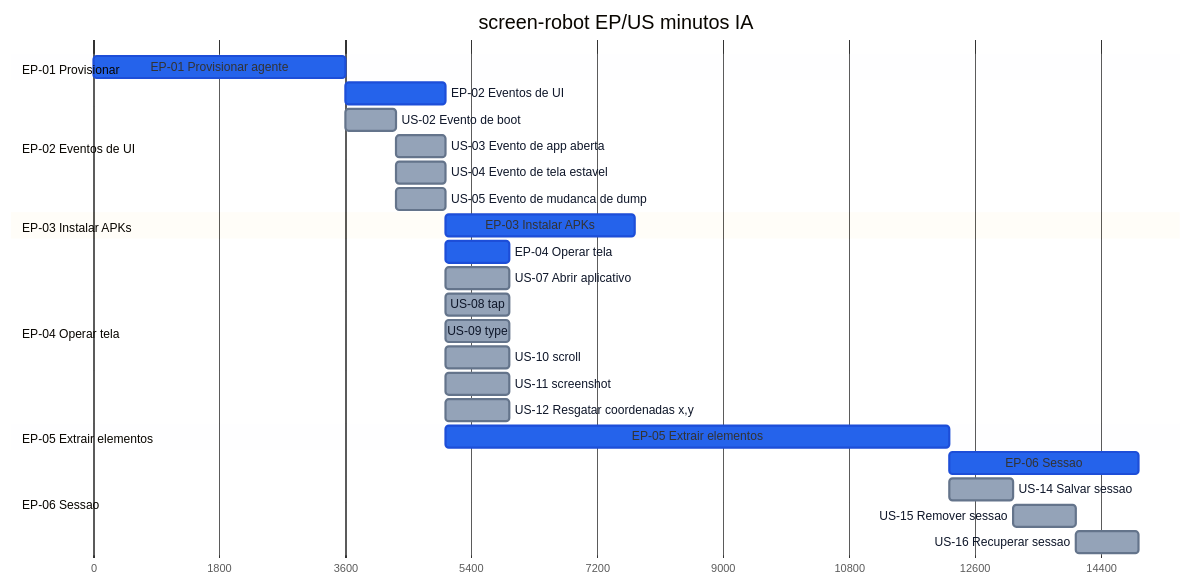
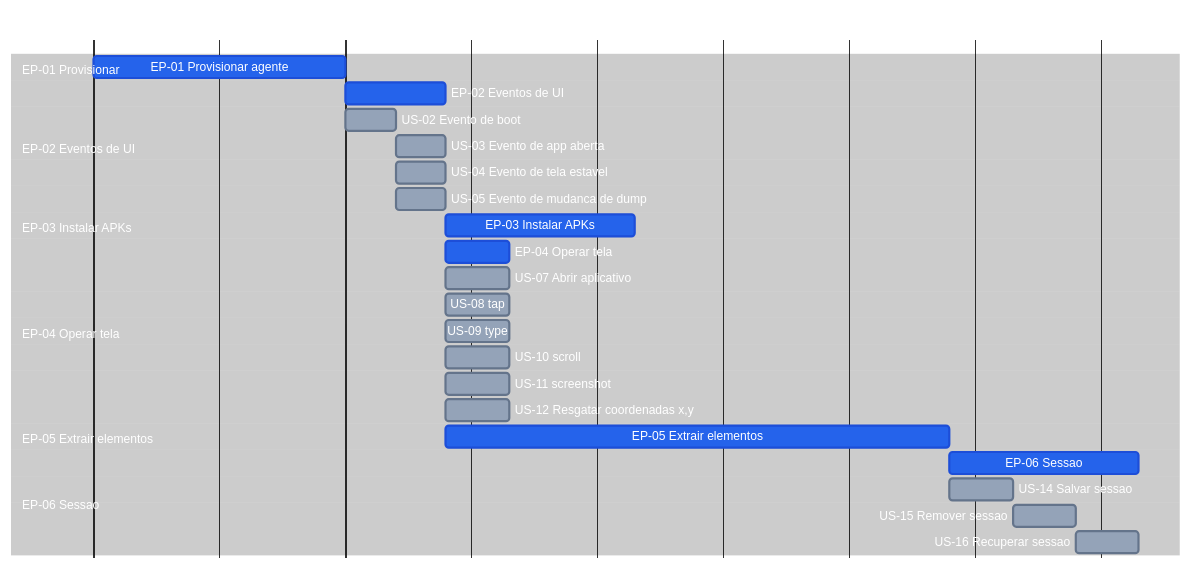
One commit to laerciogermano/workstation changed the diagram in connectmax/screen-robot/roadmap.md. Above: the diagram before and after it, drawn with Mermaid. The commit also changed other lines of this file and 2 other files, not shown here.

Commit message:
Deixa o fundo do Gantt do roadmap preto.

````diff
--- a/connectmax/screen-robot/roadmap.md
+++ b/connectmax/screen-robot/roadmap.md
@@ -15,53 +15,70 @@
 ```mermaid
 ---
 config:
   theme: base
   themeVariables:
+    darkMode: true
+    background: '#000000'
+    primaryTextColor: '#ffffff'
+    secondaryTextColor: '#ffffff'
+    tertiaryTextColor: '#ffffff'
+    textColor: '#ffffff'
+    lineColor: '#333333'
+    mainBkg: '#000000'
+    secondaryColor: '#000000'
+    tertiaryColor: '#000000'
+    sectionBkgColor: '#000000'
+    sectionBkgColor2: '#000000'
+    altSectionBkgColor: '#000000'
+    gridColor: '#222222'
+    excludeBkgColor: '#000000'
+    todayLineColor: '#444444'
     doneTaskBkgColor: '#2563eb'
     doneTaskBorderColor: '#1d4ed8'
     taskBkgColor: '#94a3b8'
     taskBorderColor: '#64748b'
-    taskTextColor: '#0f172a'
+    taskTextColor: '#ffffff'
+    taskTextDarkColor: '#ffffff'
     taskTextLightColor: '#ffffff'
-    taskTextOutsideColor: '#0f172a'
+    taskTextOutsideColor: '#ffffff'
     critBkgColor: '#2563eb'
     critBorderColor: '#1d4ed8'
     activeTaskBkgColor: '#94a3b8'
     activeTaskBorderColor: '#64748b'
 ---
 gantt
   title screen-robot EP/US minutos IA
   dateFormat X
   axisFormat %s
 
   section EP-01 Provisionar
   EP-01 Provisionar agente              :done, ep01, 0, 60m
 
   section EP-02 Eventos de UI
   EP-02 Eventos de UI                   :done, ep02, after ep01, 24m
   US-02 Evento de boot                  :us02, after ep01, 12m
   US-03 Evento de app aberta            :us03, after us02, 12m
   US-04 Evento de tela estavel          :us04, after us02, 12m
   US-05 Evento de mudanca de dump       :us05, after us02, 12m
 
   section EP-03 Instalar APKs
   EP-03 Instalar APKs                   :done, ep03, after us05, 45m
 
   section EP-04 Operar tela
   EP-04 Operar tela                     :done, ep04, after us05, 15m
   US-07 Abrir aplicativo                :us07, after us05, 15m
   US-08 tap                             :us08, after us05, 15m
   US-09 type                            :us09, after us05, 15m
   US-10 scroll                          :us10, after us05, 15m
   US-11 screenshot                      :us11, after us05, 15m
   US-12 Resgatar coordenadas x,y        :us12, after us05, 15m
 
   section EP-05 Extrair elementos
   EP-05 Extrair elementos               :done, ep05, after us05, 120m
 
   section EP-06 Sessao
   EP-06 Sessao                          :done, ep06, after ep05, 45m
   US-14 Salvar sessao                   :us14, after ep05, 15m
   US-15 Remover sessao                  :us15, after us14, 15m
   US-16 Recuperar sessao                :us16, after us15, 15m
 ```
````
